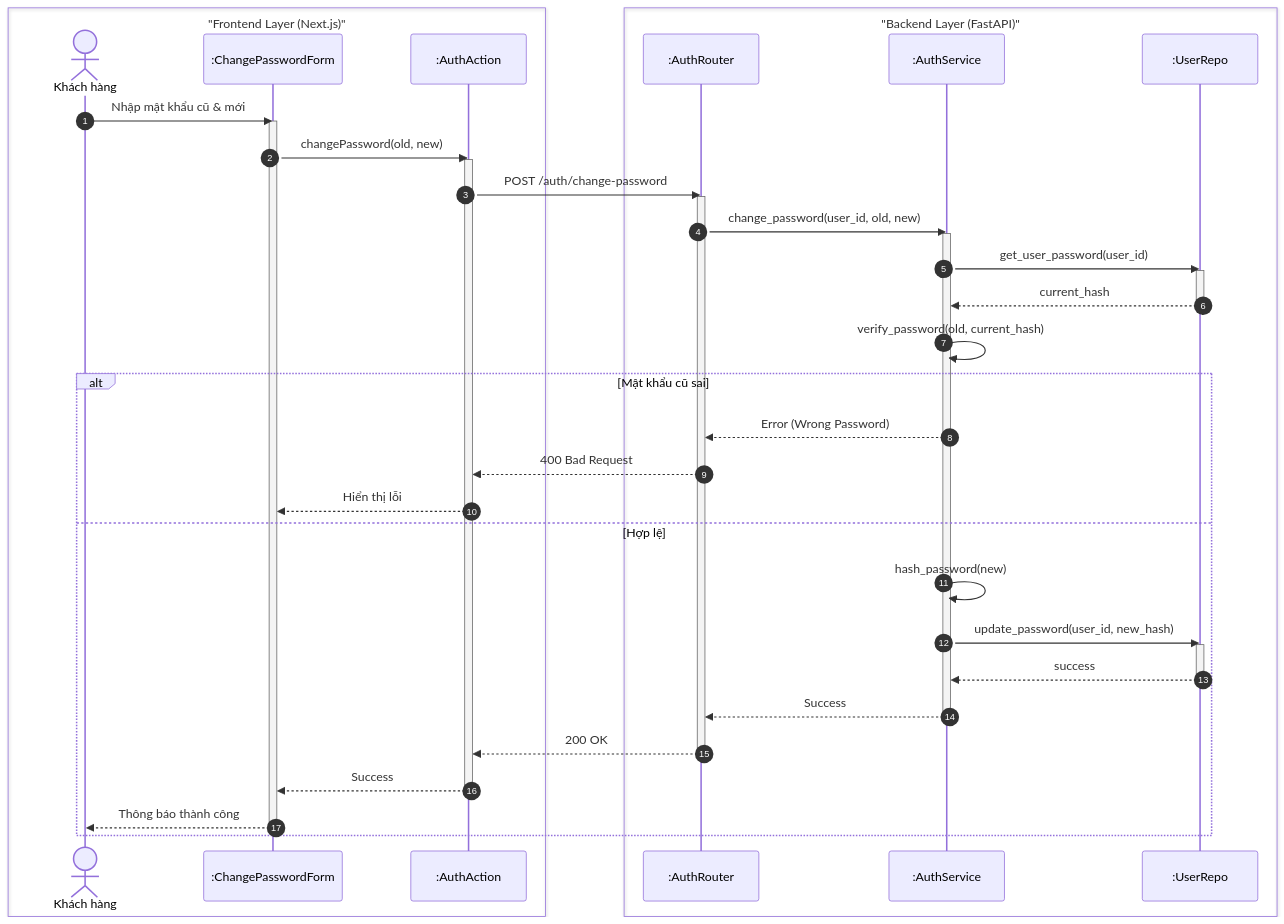
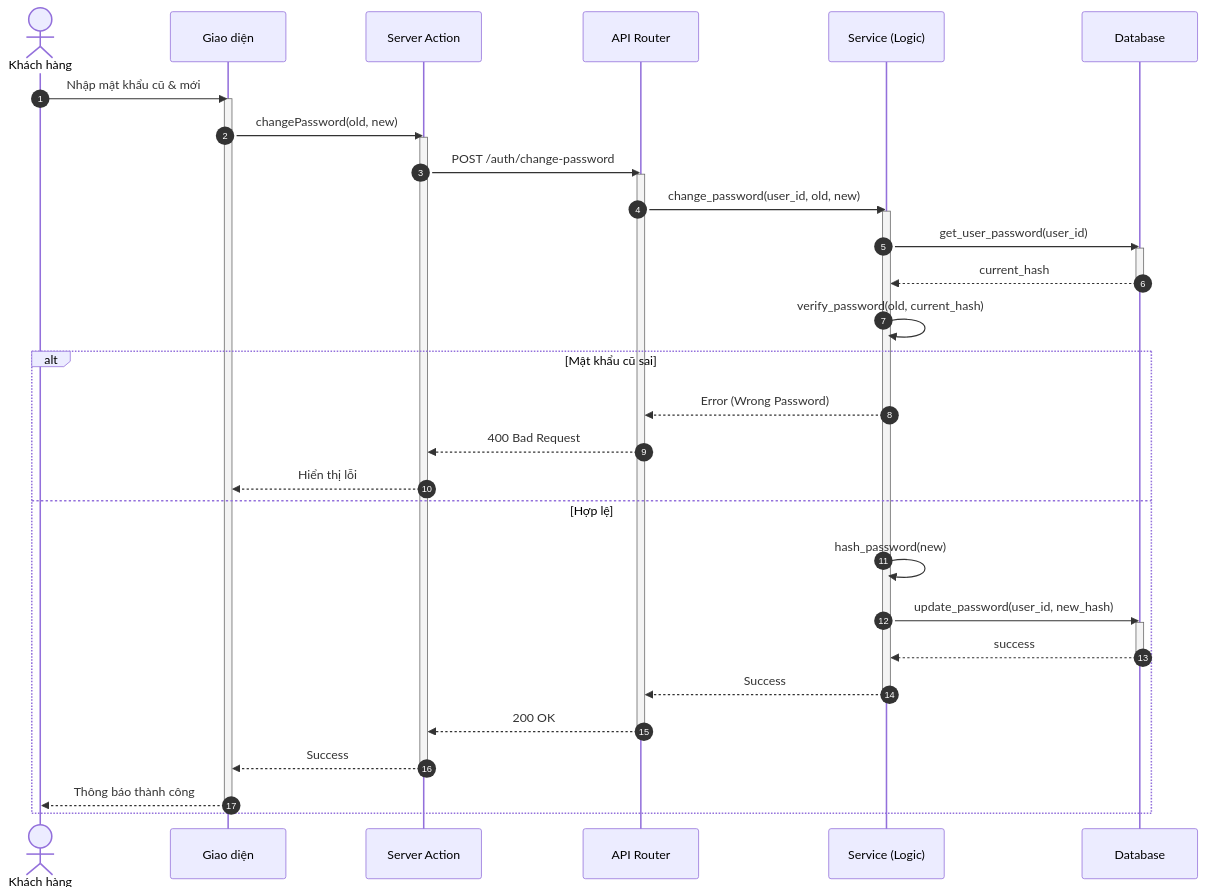
Before and after one commit to ngoctinn/Synapse: the sixth of 8 diagrams in docs/design/sequences/authentication.md, drawn with Mermaid. The commit also changed other lines of this file and 4 other files, not shown here.

Commit message:
docs: Add initial sequence diagrams for admin, authentication, customer, receptionist, and technician flows.

````diff
--- a/docs/design/sequences/authentication.md
+++ b/docs/design/sequences/authentication.md
@@ -302,53 +277,48 @@
 ```mermaid
 sequenceDiagram
     autonumber
-    box "Frontend Layer (Next.js)"
-        actor KH as Khách hàng
-        participant UI as :ChangePasswordForm
-        participant BFF as :AuthAction
-    end
-
-    box "Backend Layer (FastAPI)"
-        participant API as :AuthRouter
-        participant S as :AuthService
-        participant DB as :UserRepo
-    end
+    actor KH as Khách hàng
+    participant UI as Giao diện
+    participant BFF as Server Action
+    participant API as API Router
+    participant S as Service (Logic)
+    participant DB as Database
 
     KH->>UI: Nhập mật khẩu cũ & mới
     activate UI
     UI->>BFF: changePassword(old, new)
     activate BFF
 
     BFF->>API: POST /auth/change-password
     activate API
 
     API->>S: change_password(user_id, old, new)
     activate S
 
     S->>DB: get_user_password(user_id)
     activate DB
     DB-->>S: current_hash
     deactivate DB
 
     S->>S: verify_password(old, current_hash)
 
     alt Mật khẩu cũ sai
         S-->>API: Error (Wrong Password)
         API-->>BFF: 400 Bad Request
         BFF-->>UI: Hiển thị lỗi
     else Hợp lệ
         S->>S: hash_password(new)
         S->>DB: update_password(user_id, new_hash)
         activate DB
         DB-->>S: success
         deactivate DB
         S-->>API: Success
         deactivate S
         API-->>BFF: 200 OK
         deactivate API
         BFF-->>UI: Success
         deactivate BFF
         UI-->>KH: Thông báo thành công
         deactivate UI
     end
 ```
````
